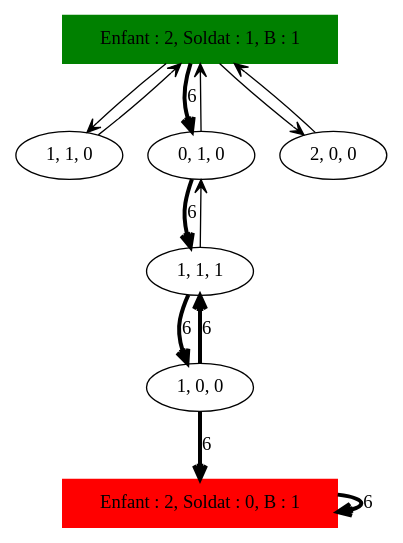
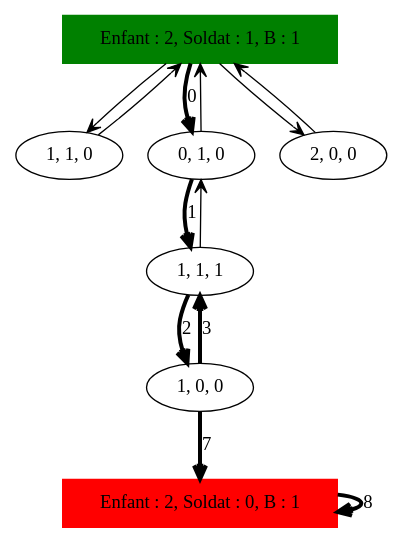
One commit to samsoucoupe/concept-a-ia changed the diagram in Concept_IA_Ben_dhiab_Roblin/DOT/Soldat/Soldat_Sol_6.dot. Above: the diagram before and after it, drawn with Graphviz. The commit also changed 251 other files, not shown here.

```diff
--- a/Concept_IA_Ben_dhiab_Roblin/DOT/Soldat/Soldat_Sol_6.dot
+++ b/Concept_IA_Ben_dhiab_Roblin/DOT/Soldat/Soldat_Sol_6.dot
@@ -1,16 +1,16 @@
 digraph Soldat_Sol_ {
 	initial [label="Enfant : 2, Soldat : 1, B : 1" color=green shape=box style=filled]
 	final [label="Enfant : 2, Soldat : 0, B : 1" color=red shape=box style=filled]
 	initial -> "1, 1, 0" [arrowhead=open]
-	initial -> "0, 1, 0" [label=6 arrowhead=open penwidth=3]
+	initial -> "0, 1, 0" [label=0 arrowhead=open penwidth=3]
 	initial -> "2, 0, 0" [arrowhead=open]
 	"2, 0, 0" -> initial [arrowhead=open]
-	"0, 1, 0" -> "1, 1, 1" [label=6 arrowhead=open penwidth=3]
+	"0, 1, 0" -> "1, 1, 1" [label=1 arrowhead=open penwidth=3]
 	"0, 1, 0" -> initial [arrowhead=open]
 	"1, 1, 1" -> "0, 1, 0" [arrowhead=open]
-	"1, 1, 1" -> "1, 0, 0" [label=6 arrowhead=open penwidth=3]
-	"1, 0, 0" -> final [label=6 arrowhead=open penwidth=3]
-	"1, 0, 0" -> "1, 1, 1" [label=6 arrowhead=open penwidth=3]
-	final -> final [label=6 arrowhead=open penwidth=3]
+	"1, 1, 1" -> "1, 0, 0" [label=2 arrowhead=open penwidth=3]
+	"1, 0, 0" -> final [label=7 arrowhead=open penwidth=3]
+	"1, 0, 0" -> "1, 1, 1" [label=3 arrowhead=open penwidth=3]
+	final -> final [label=8 arrowhead=open penwidth=3]
 	"1, 1, 0" -> initial [arrowhead=open]
 }
```
